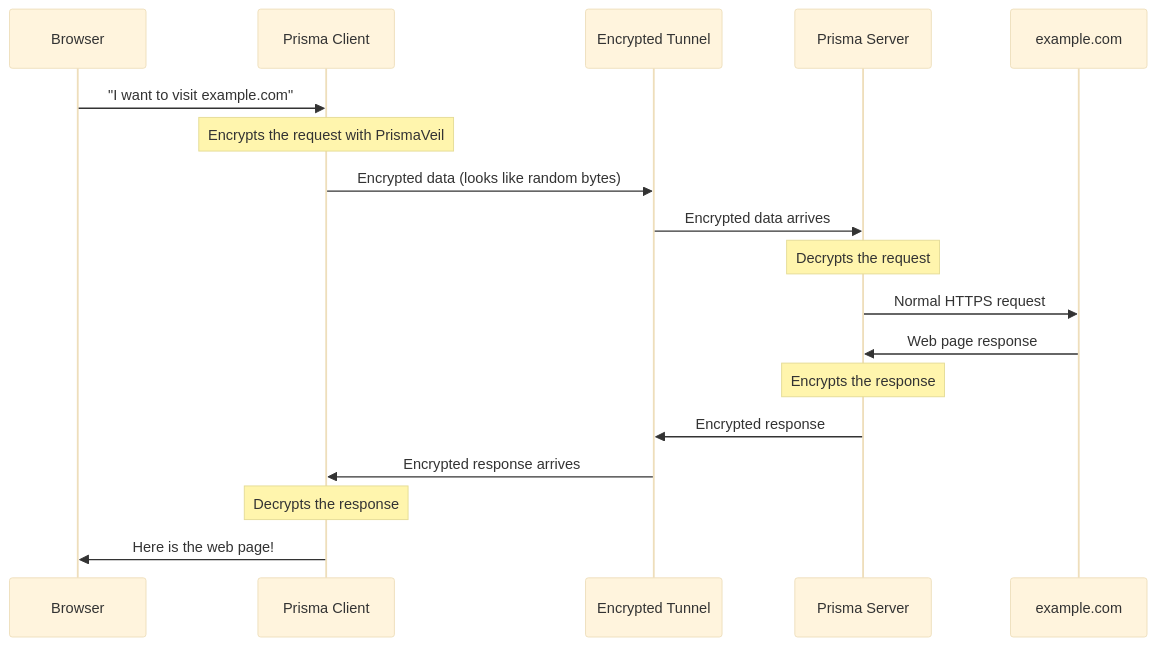
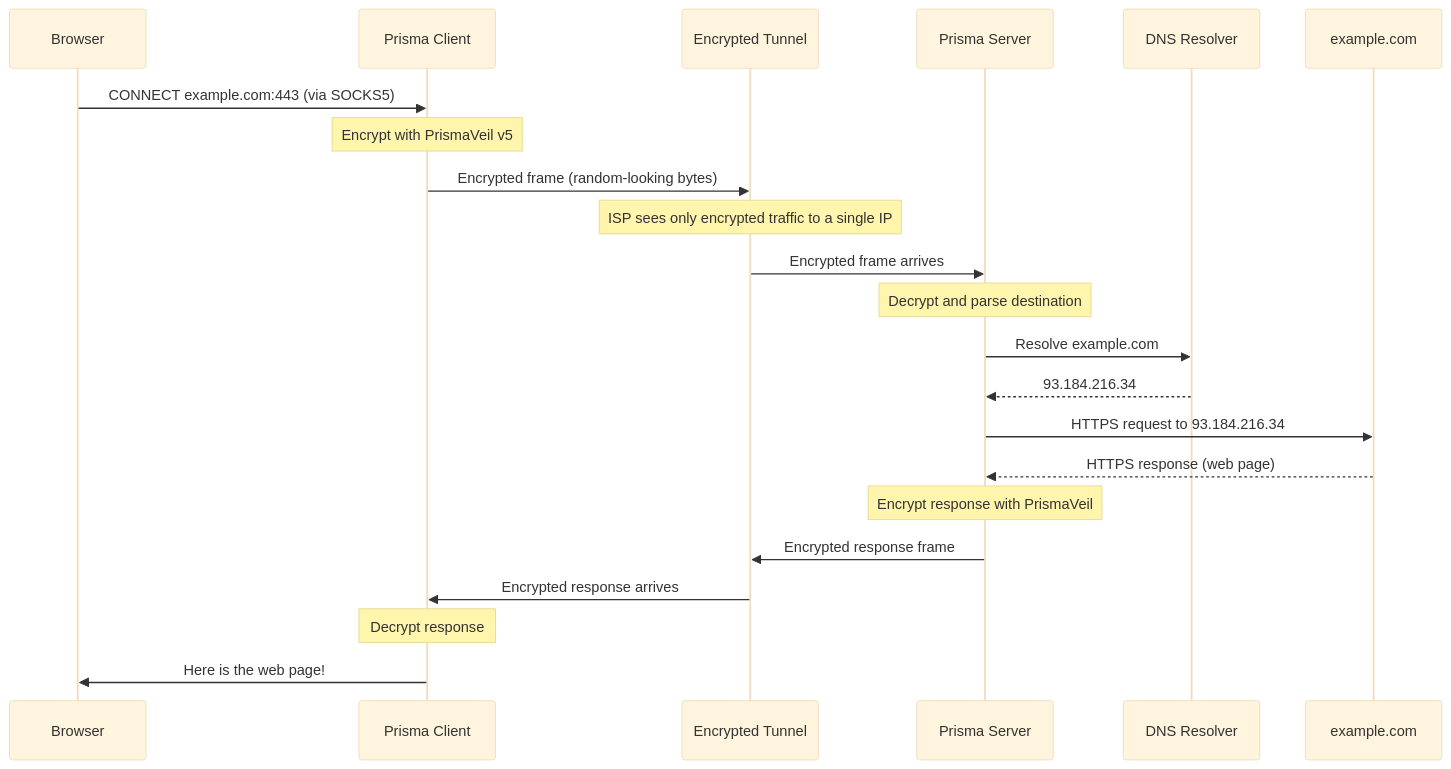
The second of 7 diagrams in prisma-docs/docs/guide/how-prisma-works.md (prisma-proxy/prisma), drawn with Mermaid (base theme) before and after one commit. The commit also changed other lines of this file and 11 other files, not shown here.

````diff
--- a/prisma-docs/docs/guide/how-prisma-works.md
+++ b/prisma-docs/docs/guide/how-prisma-works.md
@@ -32,21 +46,25 @@
 ```mermaid
 sequenceDiagram
     participant Browser
-    participant PrismaClient as Prisma Client
+    participant Client as Prisma Client
     participant Tunnel as Encrypted Tunnel
-    participant PrismaServer as Prisma Server
+    participant Server as Prisma Server
+    participant DNS as DNS Resolver
     participant Website as example.com
 
-    Browser->>PrismaClient: "I want to visit example.com"
-    Note over PrismaClient: Encrypts the request with PrismaVeil
-    PrismaClient->>Tunnel: Encrypted data (looks like random bytes)
-    Tunnel->>PrismaServer: Encrypted data arrives
-    Note over PrismaServer: Decrypts the request
-    PrismaServer->>Website: Normal HTTPS request
-    Website->>PrismaServer: Web page response
-    Note over PrismaServer: Encrypts the response
-    PrismaServer->>Tunnel: Encrypted response
-    Tunnel->>PrismaClient: Encrypted response arrives
-    Note over PrismaClient: Decrypts the response
-    PrismaClient->>Browser: Here is the web page!
+    Browser->>Client: CONNECT example.com:443 (via SOCKS5)
+    Note over Client: Encrypt with PrismaVeil v5
+    Client->>Tunnel: Encrypted frame (random-looking bytes)
+    Note over Tunnel: ISP sees only encrypted traffic to a single IP
+    Tunnel->>Server: Encrypted frame arrives
+    Note over Server: Decrypt and parse destination
+    Server->>DNS: Resolve example.com
+    DNS-->>Server: 93.184.216.34
+    Server->>Website: HTTPS request to 93.184.216.34
+    Website-->>Server: HTTPS response (web page)
+    Note over Server: Encrypt response with PrismaVeil
+    Server->>Tunnel: Encrypted response frame
+    Tunnel->>Client: Encrypted response arrives
+    Note over Client: Decrypt response
+    Client->>Browser: Here is the web page!
 ```
````
